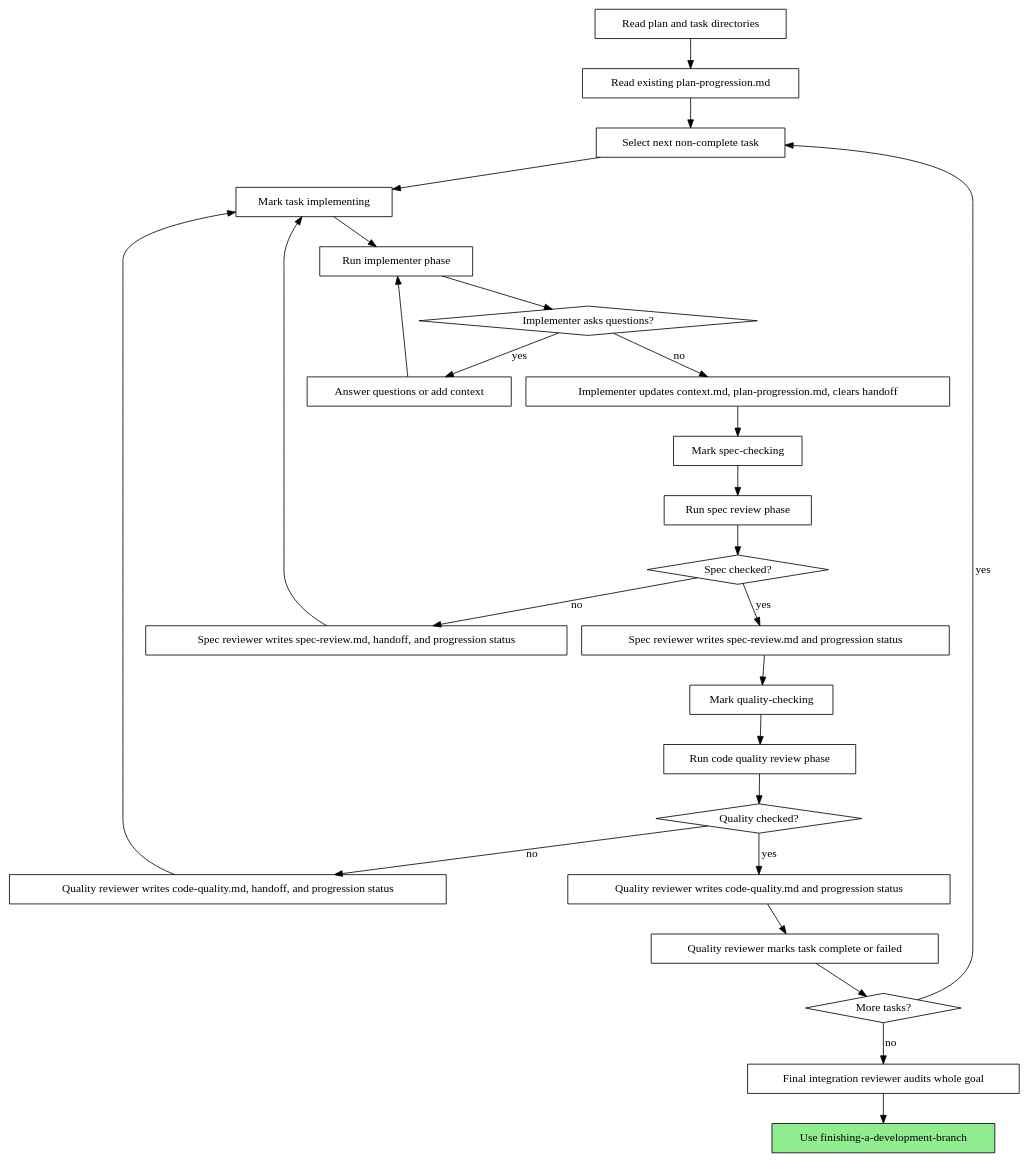
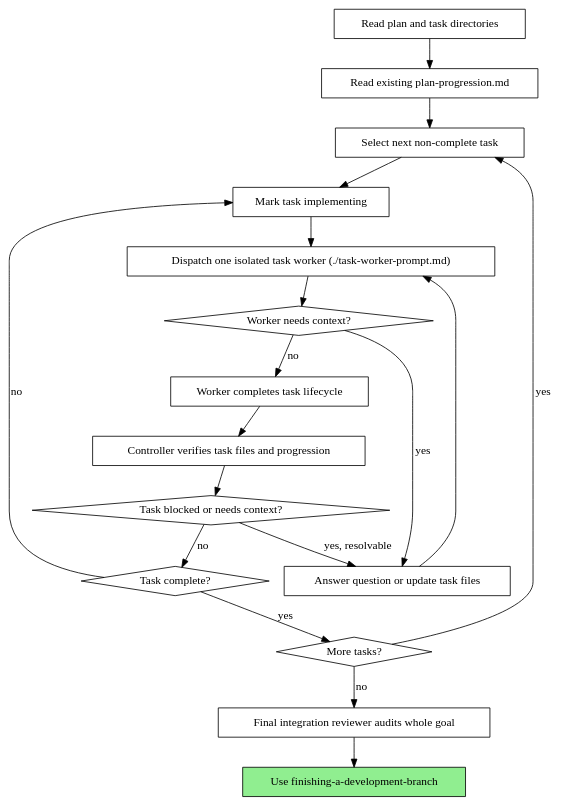
Before and after one commit to GoldeneyeZ/superfastpowers: the diagram in skills/goal-driven-development/SKILL.md, drawn with Graphviz. The commit also changed other lines of this file and 2 other files, not shown here.

````diff
--- a/skills/goal-driven-development/SKILL.md
+++ b/skills/goal-driven-development/SKILL.md
@@ -117,54 +119,38 @@
 ```dot
 digraph process {
     rankdir=TB;
 
     "Read plan and task directories" [shape=box];
     "Read existing plan-progression.md" [shape=box];
     "Select next non-complete task" [shape=box];
     "Mark task implementing" [shape=box];
-    "Run implementer phase" [shape=box];
-    "Implementer asks questions?" [shape=diamond];
-    "Answer questions or add context" [shape=box];
-    "Implementer updates context.md, plan-progression.md, clears handoff" [shape=box];
-    "Mark spec-checking" [shape=box];
-    "Run spec review phase" [shape=box];
-    "Spec checked?" [shape=diamond];
-    "Spec reviewer writes spec-review.md and progression status" [shape=box];
-    "Spec reviewer writes spec-review.md, handoff, and progression status" [shape=box];
-    "Mark quality-checking" [shape=box];
-    "Run code quality review phase" [shape=box];
-    "Quality checked?" [shape=diamond];
-    "Quality reviewer writes code-quality.md and progression status" [shape=box];
-    "Quality reviewer writes code-quality.md, handoff, and progression status" [shape=box];
-    "Quality reviewer marks task complete or failed" [shape=box];
+    "Dispatch one isolated task worker (./task-worker-prompt.md)" [shape=box];
+    "Worker needs context?" [shape=diamond];
+    "Answer question or update task files" [shape=box];
+    "Worker completes task lifecycle" [shape=box];
+    "Controller verifies task files and progression" [shape=box];
+    "Task blocked or needs context?" [shape=diamond];
+    "Task complete?" [shape=diamond];
     "More tasks?" [shape=diamond];
     "Final integration reviewer audits whole goal" [shape=box];
     "Use finishing-a-development-branch" [shape=box style=filled fillcolor=lightgreen];
 
     "Read plan and task directories" -> "Read existing plan-progression.md";
     "Read existing plan-progression.md" -> "Select next non-complete task";
     "Select next non-complete task" -> "Mark task implementing";
-    "Mark task implementing" -> "Run implementer phase";
-    "Run implementer phase" -> "Implementer asks questions?";
-    "Implementer asks questions?" -> "Answer questions or add context" [label="yes"];
-    "Answer questions or add context" -> "Run implementer phase";
-    "Implementer asks questions?" -> "Implementer updates context.md, plan-progression.md, clears handoff" [label="no"];
-    "Implementer updates context.md, plan-progression.md, clears handoff" -> "Mark spec-checking";
-    "Mark spec-checking" -> "Run spec review phase";
-    "Run spec review phase" -> "Spec checked?";
-    "Spec checked?" -> "Spec reviewer writes spec-review.md, handoff, and progression status" [label="no"];
-    "Spec reviewer writes spec-review.md, handoff, and progression status" -> "Mark task implementing";
-    "Spec checked?" -> "Spec reviewer writes spec-review.md and progression status" [label="yes"];
-    "Spec reviewer writes spec-review.md and progression status" -> "Mark quality-checking";
-    "Mark quality-checking" -> "Run code quality review phase";
-    "Run code quality review phase" -> "Quality checked?";
-    "Quality checked?" -> "Quality reviewer writes code-quality.md, handoff, and progression status" [label="no"];
-    "Quality reviewer writes code-quality.md, handoff, and progression status" -> "Mark task implementing";
-    "Quality checked?" -> "Quality reviewer writes code-quality.md and progression status" [label="yes"];
-    "Quality reviewer writes code-quality.md and progression status" -> "Quality reviewer marks task complete or failed";
-    "Quality reviewer marks task complete or failed" -> "More tasks?";
+    "Mark task implementing" -> "Dispatch one isolated task worker (./task-worker-prompt.md)";
+    "Dispatch one isolated task worker (./task-worker-prompt.md)" -> "Worker needs context?";
+    "Worker needs context?" -> "Answer question or update task files" [label="yes"];
+    "Answer question or update task files" -> "Dispatch one isolated task worker (./task-worker-prompt.md)";
+    "Worker needs context?" -> "Worker completes task lifecycle" [label="no"];
+    "Worker completes task lifecycle" -> "Controller verifies task files and progression";
+    "Controller verifies task files and progression" -> "Task blocked or needs context?";
+    "Task blocked or needs context?" -> "Answer question or update task files" [label="yes, resolvable"];
+    "Task blocked or needs context?" -> "Task complete?" [label="no"];
+    "Task complete?" -> "Mark task implementing" [label="no"];
+    "Task complete?" -> "More tasks?" [label="yes"];
     "More tasks?" -> "Select next non-complete task" [label="yes"];
     "More tasks?" -> "Final integration reviewer audits whole goal" [label="no"];
     "Final integration reviewer audits whole goal" -> "Use finishing-a-development-branch";
 }
 ```
````
